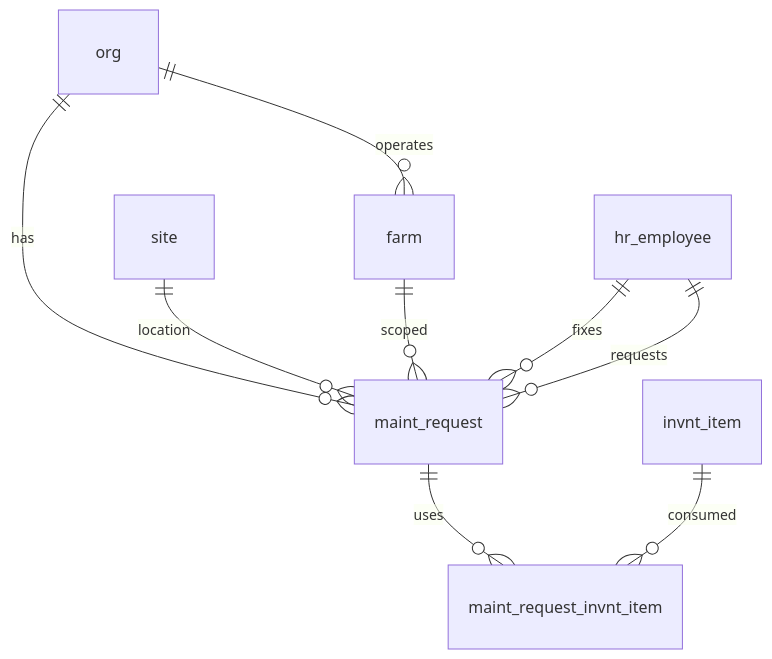
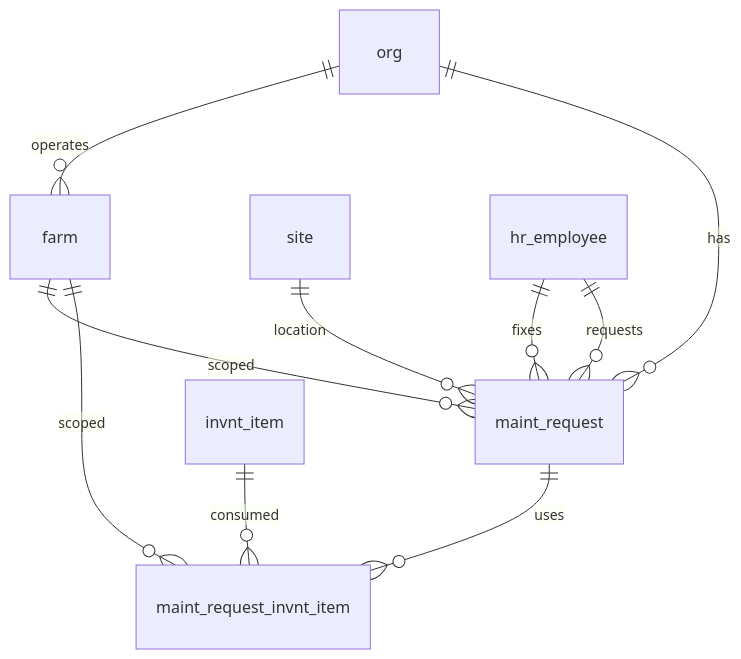
Before and after one commit to Hawaii-Farming/aloha-app: the diagram in docs/schemas/20260319_07_maint.md, drawn with Mermaid. The commit also changed 4 other files, not shown here.

````diff
--- a/docs/schemas/20260319_07_maint.md
+++ b/docs/schemas/20260319_07_maint.md
@@ -9,11 +9,12 @@
 ```mermaid
 erDiagram
     org ||--o{ farm : operates
     org ||--o{ maint_request : has
     site ||--o{ maint_request : location
     farm ||--o{ maint_request : scoped
     hr_employee ||--o{ maint_request : fixes
     hr_employee ||--o{ maint_request : requests
     maint_request ||--o{ maint_request_invnt_item : uses
+    farm ||--o{ maint_request_invnt_item : scoped
     invnt_item ||--o{ maint_request_invnt_item : consumed
 ```
````
